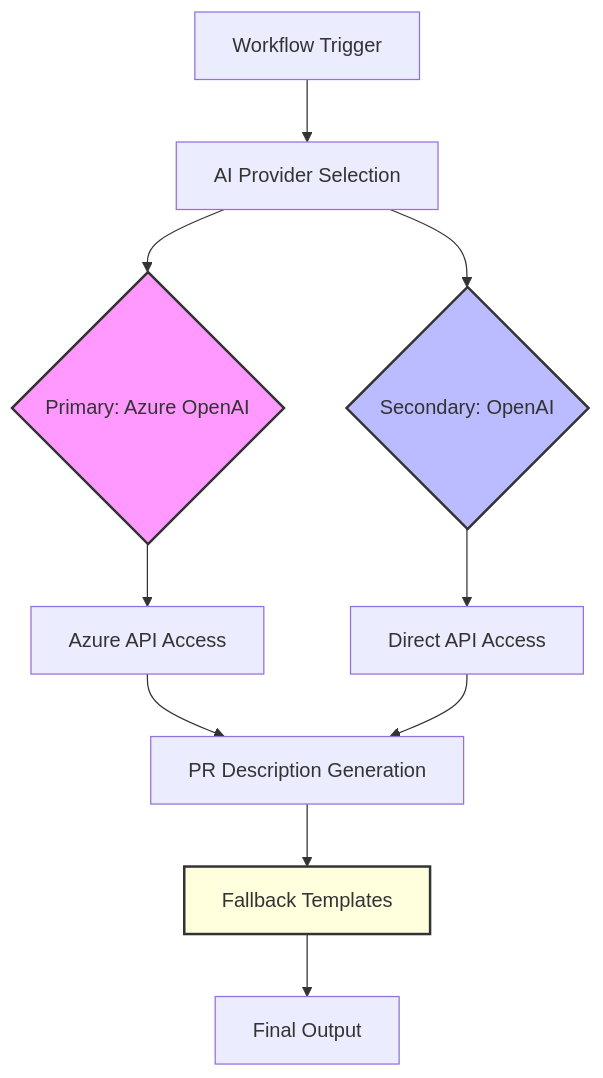
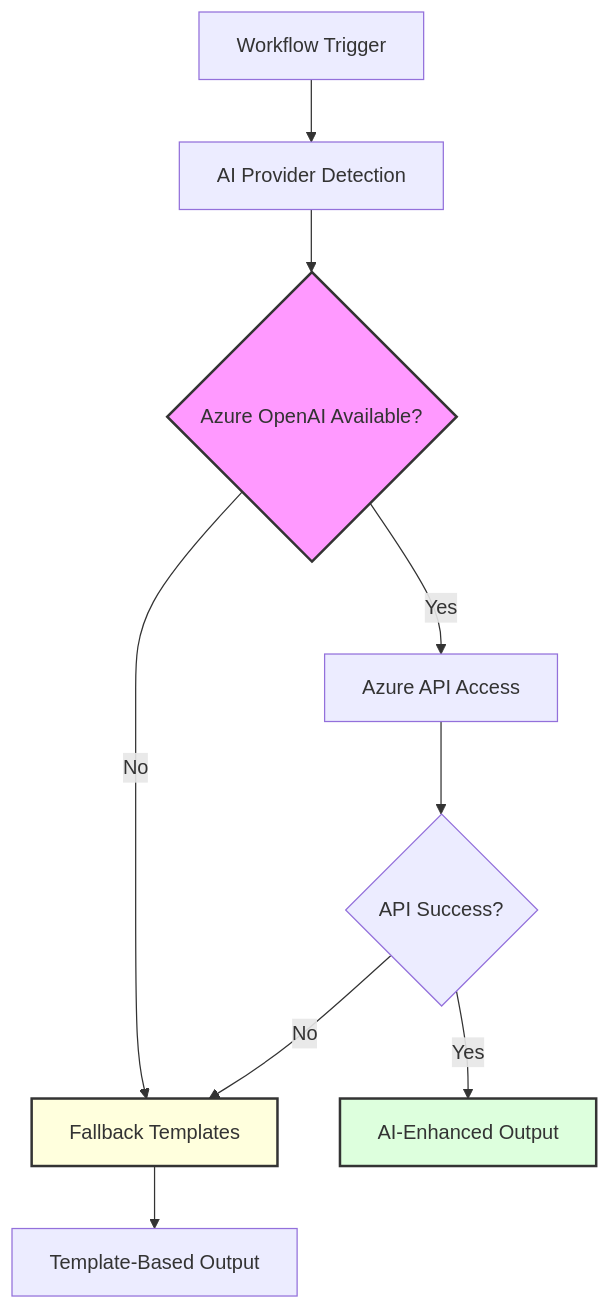
Before and after one commit to Azure/osdu-spi: the first of 2 diagrams in doc/src/architecture/ai_integration.md, drawn with Mermaid. The commit also changed other lines of this file and 3 other files, not shown here.

````diff
--- a/doc/src/architecture/ai_integration.md
+++ b/doc/src/architecture/ai_integration.md
@@ -49,19 +49,18 @@
 ```mermaid
 graph TD
-    A[Workflow Trigger] --> B[AI Provider Selection]
-    B --> C{Primary: Azure OpenAI}
-    B --> D{Secondary: OpenAI}
+    A[Workflow Trigger] --> B[AI Provider Detection]
+    B --> C{Azure OpenAI Available?}
 
-    C --> F[Azure API Access]
-    D --> G[Direct API Access]
+    C -->|Yes| D[Azure API Access]
+    C -->|No| E[Fallback Templates]
 
-    F --> H[PR Description Generation]
-    G --> H
+    D --> F{API Success?}
+    F -->|Yes| G[AI-Enhanced Output]
+    F -->|No| E
 
-    H --> I[Fallback Templates]
-    I --> J[Final Output]
+    E --> H[Template-Based Output]
 
     style C fill:#f9f,stroke:#333,stroke-width:2px
-    style D fill:#bbf,stroke:#333,stroke-width:2px
-    style I fill:#ffd,stroke:#333,stroke-width:2px
+    style E fill:#ffd,stroke:#333,stroke-width:2px
+    style G fill:#dfd,stroke:#333,stroke-width:2px
 ```
````
